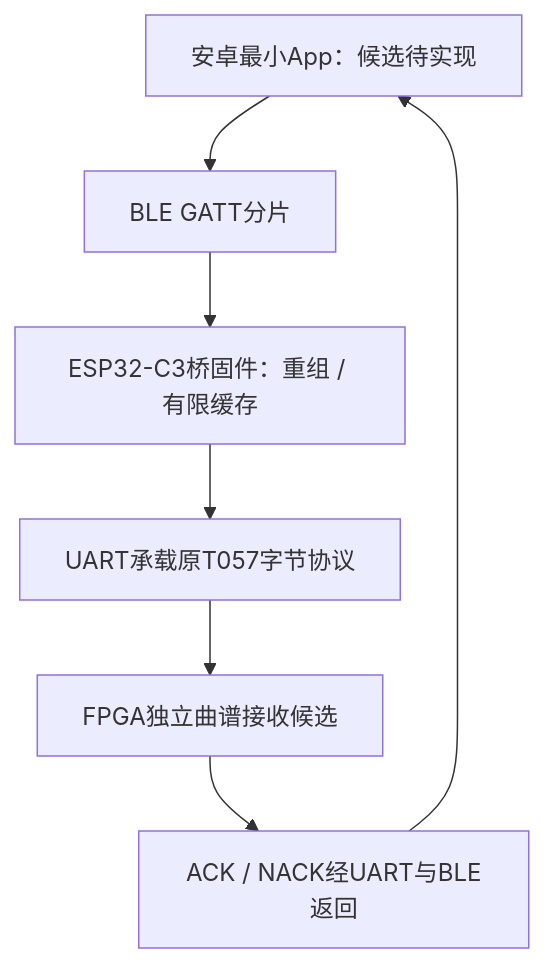
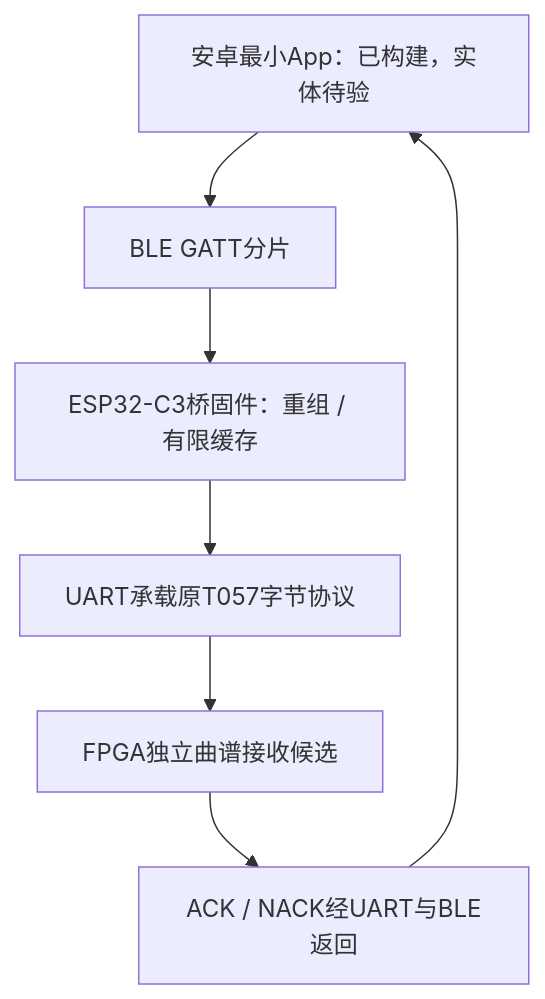
Before and after one commit to SunnyHuang888/GaoYunFPGA_local: the eighth of 42 diagrams in 系统模块总览.md, drawn with Mermaid. The commit also changed other lines of this file and 23 other files, not shown here.

````diff
--- a/系统模块总览.md
+++ b/系统模块总览.md
@@ -1013,9 +1024,9 @@
 ```mermaid
 flowchart TD
- A["安卓最小App：候选待实现"] --> B["BLE GATT分片"]
+ A["安卓最小App：已构建，实体待验"] --> B["BLE GATT分片"]
  B --> C["ESP32-C3桥固件：重组 / 有限缓存"]
  C --> D["UART承载原T057字节协议"]
  D --> E["FPGA独立曲谱接收候选"]
  E --> F["ACK / NACK经UART与BLE返回"]
  F --> A
 ```
````
